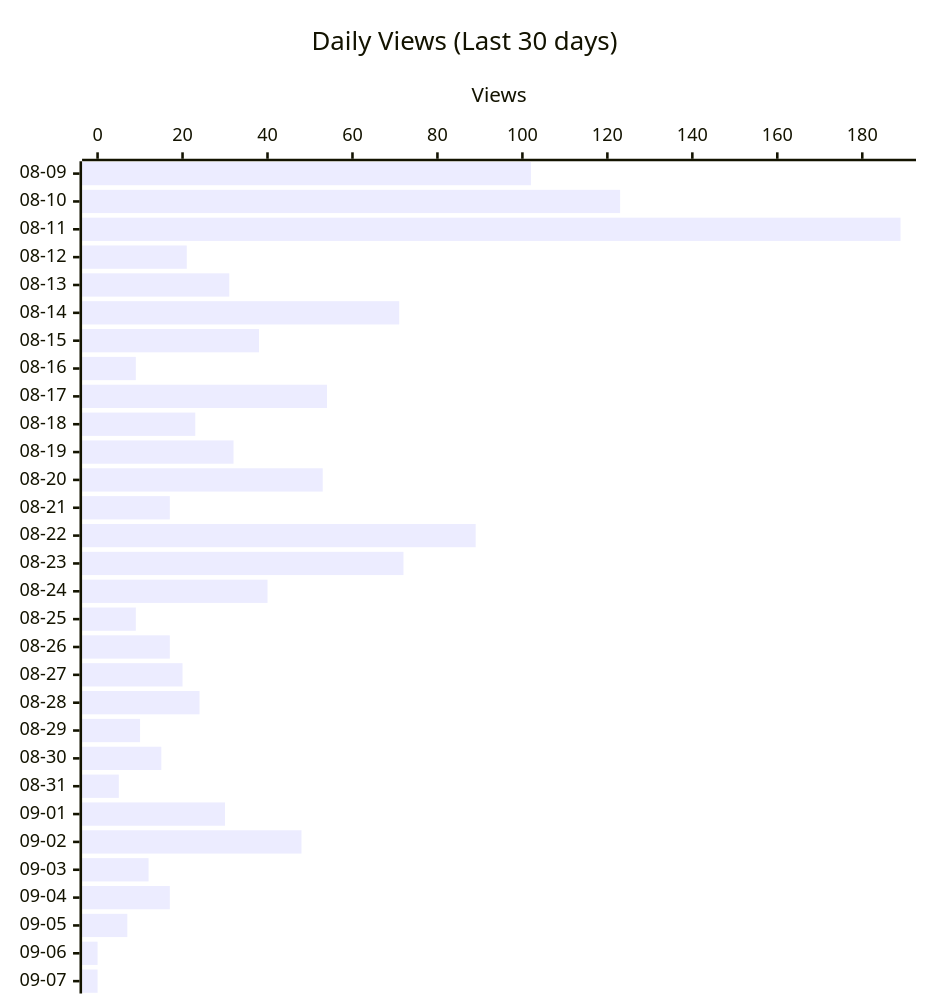
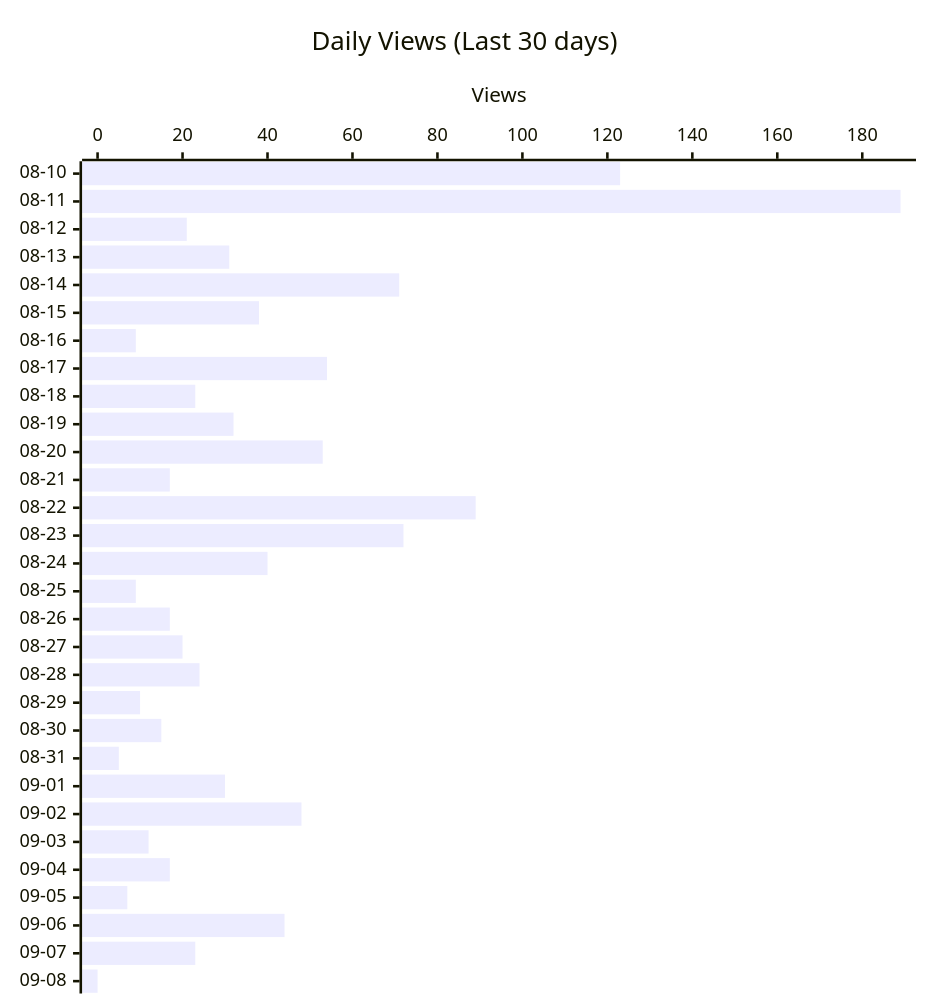
One commit to shigechika/github-insights changed the second of 4 diagrams in README.md. Above: the diagram before and after it, drawn with Mermaid. The commit also changed other lines of this file and 2 other files, not shown here.

````diff
--- a/README.md
+++ b/README.md
@@ -28,12 +28,12 @@
 ```mermaid
 ---
 config:
   xyChart:
     height: 760
 ---
 xychart-beta horizontal
     title "Daily Views (Last 30 days)"
-    x-axis ["08-09", "08-10", "08-11", "08-12", "08-13", "08-14", "08-15", "08-16", "08-17", "08-18", "08-19", "08-20", "08-21", "08-22", "08-23", "08-24", "08-25", "08-26", "08-27", "08-28", "08-29", "08-30", "08-31", "09-01", "09-02", "09-03", "09-04", "09-05", "09-06", "09-07"]
+    x-axis ["08-10", "08-11", "08-12", "08-13", "08-14", "08-15", "08-16", "08-17", "08-18", "08-19", "08-20", "08-21", "08-22", "08-23", "08-24", "08-25", "08-26", "08-27", "08-28", "08-29", "08-30", "08-31", "09-01", "09-02", "09-03", "09-04", "09-05", "09-06", "09-07", "09-08"]
     y-axis "Views"
-    bar [102, 123, 189, 21, 31, 71, 38, 9, 54, 23, 32, 53, 17, 89, 72, 40, 9, 17, 20, 24, 10, 15, 5, 30, 48, 12, 17, 7, 0, 0]
+    bar [123, 189, 21, 31, 71, 38, 9, 54, 23, 32, 53, 17, 89, 72, 40, 9, 17, 20, 24, 10, 15, 5, 30, 48, 12, 17, 7, 44, 23, 0]
 ```
````
